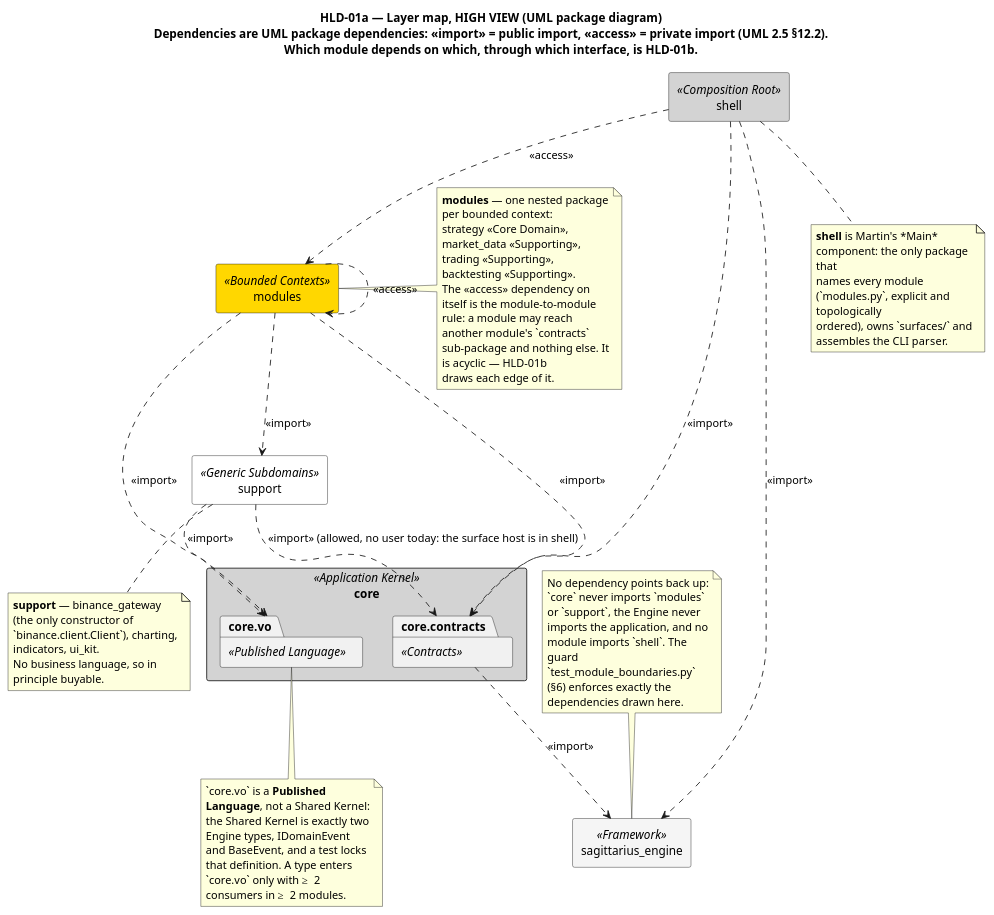
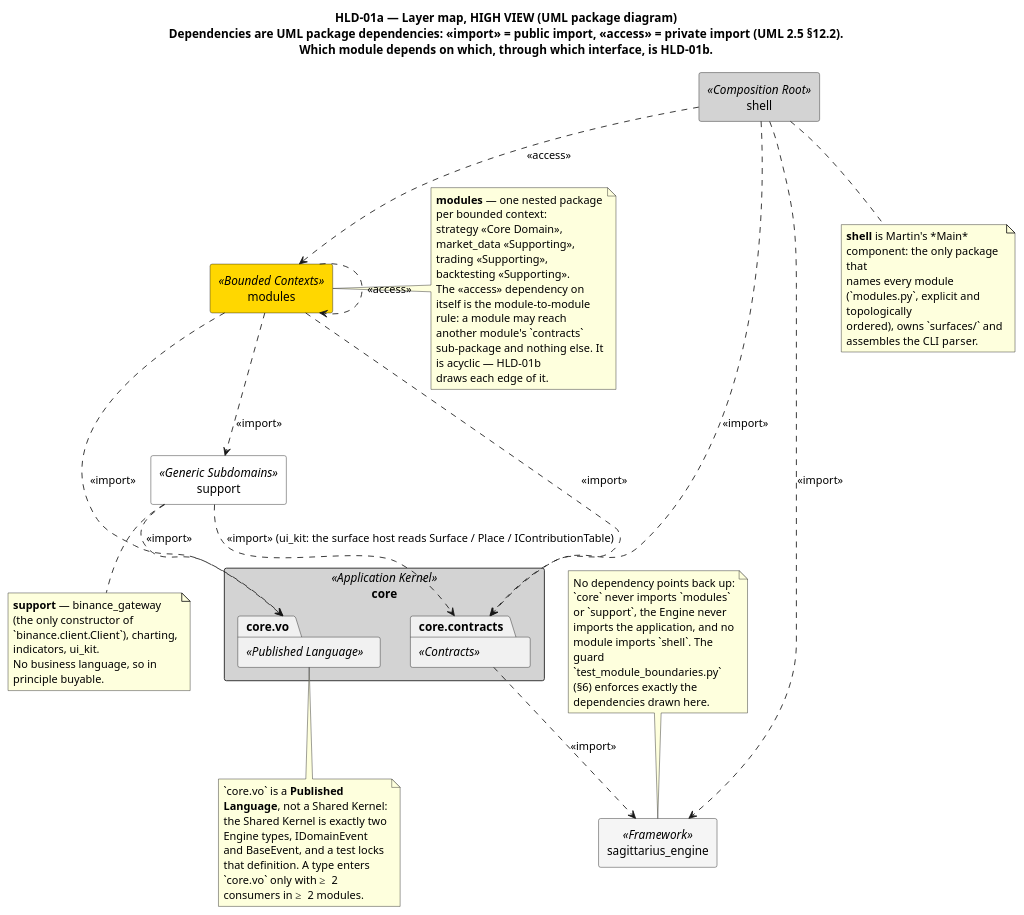
One commit to anhembedded/Sagittarius_Elite_Warrior changed the diagram in Docs/HLD/diagrams/hld-01a_layer_map.puml. Above: the diagram before and after it, drawn with PlantUML. The commit also changed 17 other files, not shown here.

```diff
--- a/Docs/HLD/diagrams/hld-01a_layer_map.puml
+++ b/Docs/HLD/diagrams/hld-01a_layer_map.puml
@@ -1,65 +1,65 @@
 @startuml hld-01a_layer_map
 title HLD-01a — Layer map, HIGH VIEW (UML **package diagram**)\nDependencies are UML package dependencies: «import» = public import, «access» = private import (UML 2.5 §12.2).\nWhich module depends on which, through which interface, is HLD-01b.
 skinparam packageStyle rectangle
 skinparam wrapWidth 200
 
 package shell <<Composition Root>> #LightGray {
 }
 package modules <<Bounded Contexts>> #Gold {
 }
 package support <<Generic Subdomains>> #White {
 }
 package core <<Application Kernel>> #LightGray {
   package "core.contracts" <<Contracts>>
   package "core.vo" <<Published Language>>
 }
 package sagittarius_engine <<Framework>> #WhiteSmoke {
 }
 
 shell ..> modules : <<access>>
 shell ..> "core.contracts" : <<import>>
 shell ..> sagittarius_engine : <<import>>
 modules ..> modules : <<access>>
 modules ..> support : <<import>>
 modules ..> "core.contracts" : <<import>>
 modules ..> "core.vo" : <<import>>
 support ..> "core.vo" : <<import>>
-support ..> "core.contracts" : <<import>> (allowed, no user today: the surface host is in shell)
+support ..> "core.contracts" : <<import>> (ui_kit: the surface host reads Surface / Place / IContributionTable)
 "core.contracts" ..> sagittarius_engine : <<import>>
 
 note right of modules
   **modules** — one nested package per bounded context:
   strategy <<Core Domain>>, market_data <<Supporting>>,
   trading <<Supporting>>, backtesting <<Supporting>>.
   The «access» dependency on itself is the module-to-module
   rule: a module may reach another module's `contracts`
   sub-package and nothing else. It is acyclic — HLD-01b
   draws each edge of it.
 end note
 
 note bottom of shell
   **shell** is Martin's *Main* component: the only package that
   names every module (`modules.py`, explicit and topologically
   ordered), owns `surfaces/` and assembles the CLI parser.
 end note
 
 note bottom of support
   **support** — binance_gateway (the only constructor of
   `binance.client.Client`), charting, indicators, ui_kit.
   No business language, so in principle buyable.
 end note
 
 note bottom of "core.vo"
   `core.vo` is a **Published Language**, not a Shared Kernel:
   the Shared Kernel is exactly two Engine types, IDomainEvent
   and BaseEvent, and a test locks that definition. A type enters
   `core.vo` only with ≥ 2 consumers in ≥ 2 modules.
 end note
 
 note top of sagittarius_engine
   No dependency points back up: `core` never imports `modules`
   or `support`, the Engine never imports the application, and no
   module imports `shell`. The guard `test_module_boundaries.py`
   (§6) enforces exactly the dependencies drawn here.
 end note
 @enduml
```
